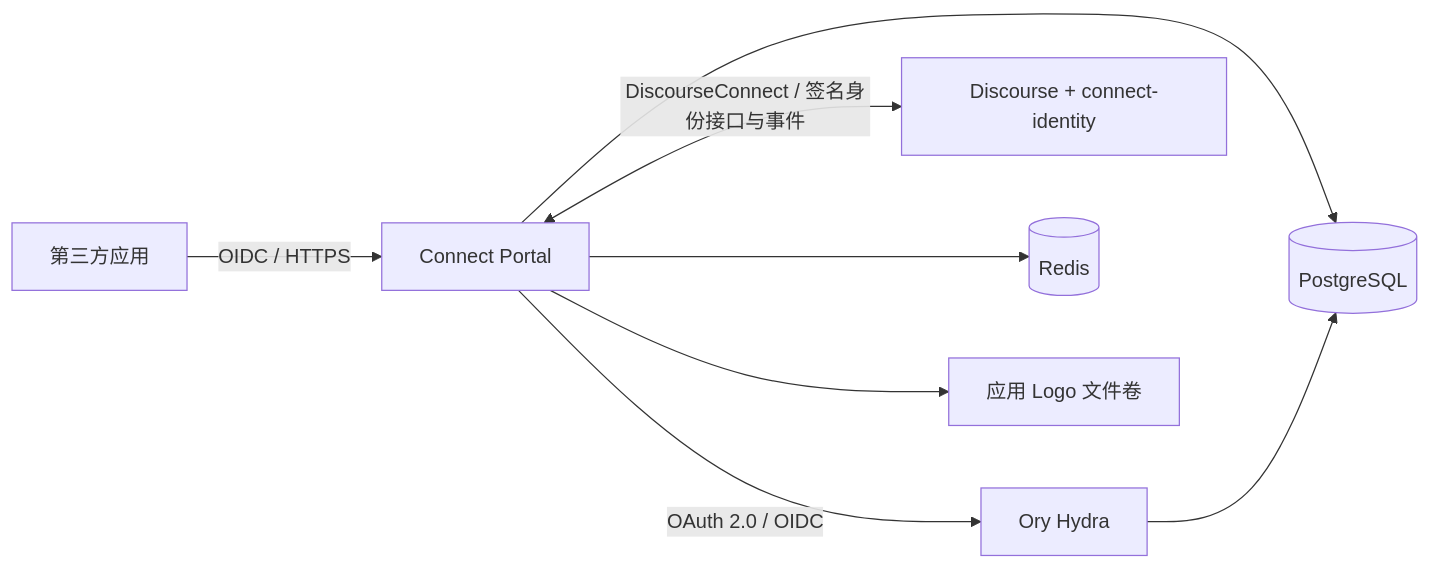
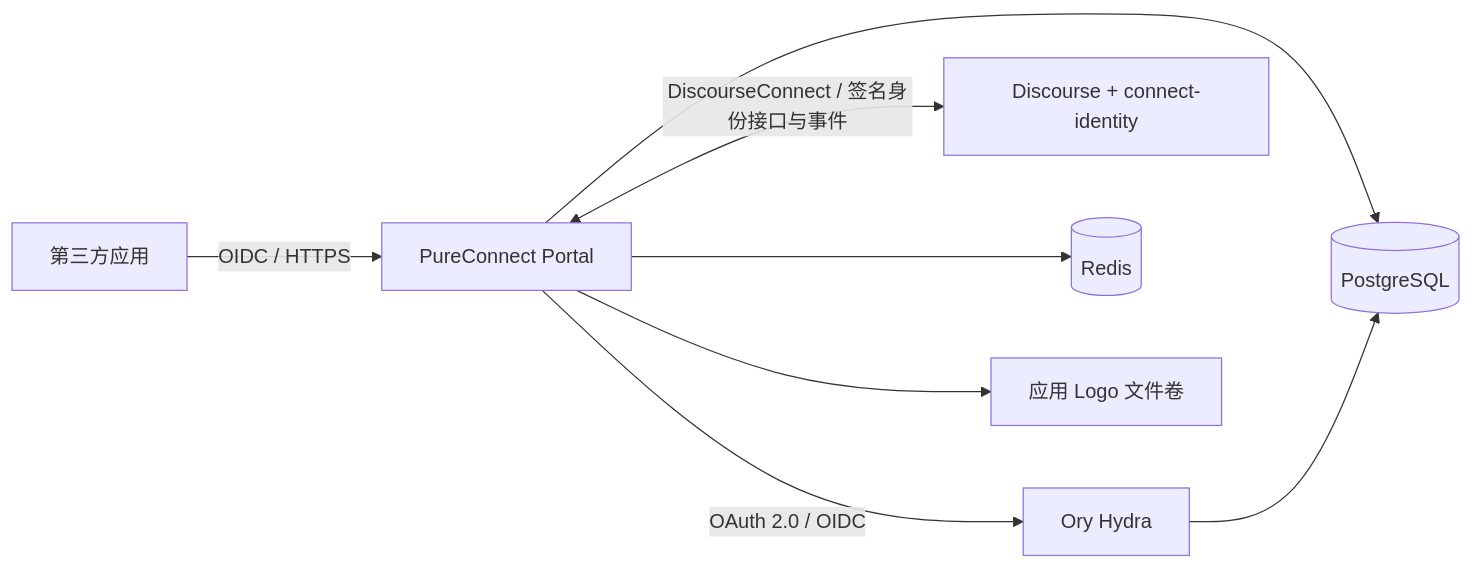
The diagram in README.md (puremixai/open-xai-connect), drawn with Mermaid before and after one commit. The commit also changed other lines of this file and 26 other files, not shown here.

Commit message:
chore: rebrand project as PureConnect

````diff
--- a/README.md
+++ b/README.md
@@ -32,10 +34,10 @@
 ```mermaid
 flowchart LR
-    App[第三方应用] -->|OIDC / HTTPS| Portal[Connect Portal]
+    App[第三方应用] -->|OIDC / HTTPS| Portal[PureConnect Portal]
     Portal -->|OAuth 2.0 / OIDC| Hydra[Ory Hydra]
     Portal <-->|DiscourseConnect / 签名身份接口与事件| Discourse[Discourse + connect-identity]
     Portal --> PG[(PostgreSQL)]
     Hydra --> PG
     Portal --> Redis[(Redis)]
     Portal --> Assets[应用 Logo 文件卷]
 ```
````
